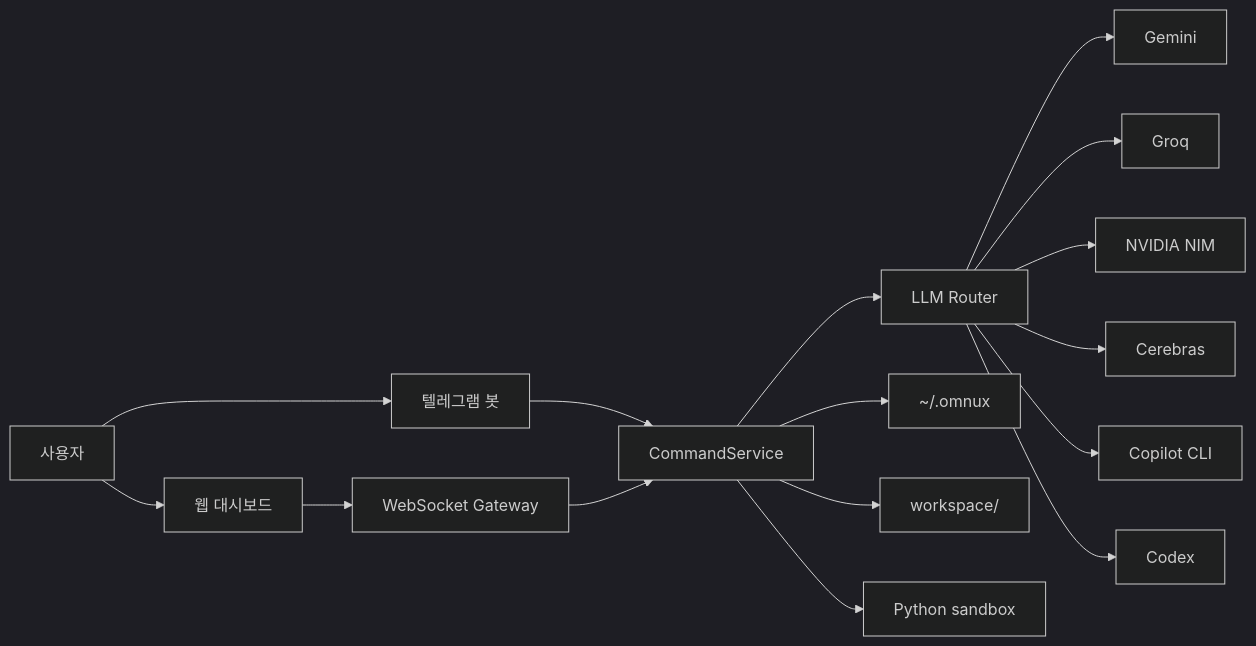
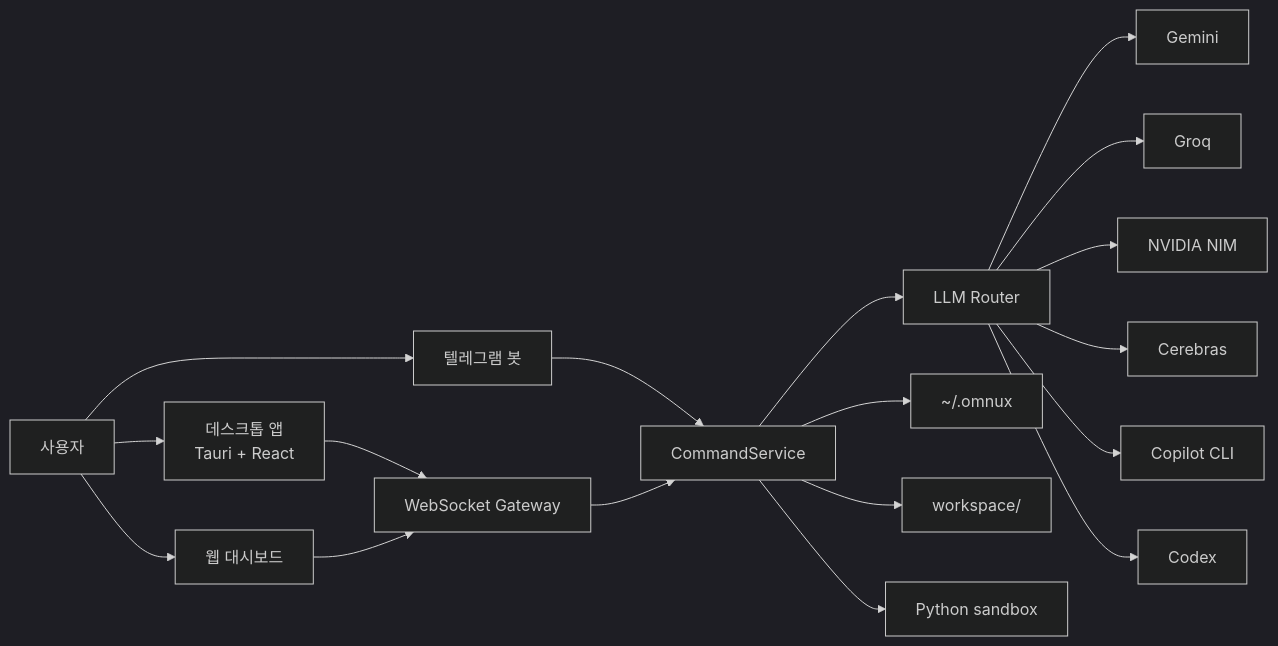
Before and after one commit to habinsong/omnux: the diagram in docs/아키텍처_흐름.md, drawn with Mermaid (dark theme). The commit also changed other lines of this file and 83 other files, not shown here.

````diff
--- a/docs/아키텍처_흐름.md
+++ b/docs/아키텍처_흐름.md
@@ -9,18 +9,20 @@
 ```mermaid
 flowchart LR
-  User[사용자] --> Dashboard[웹 대시보드]
+  User[사용자] --> Desktop[데스크톱 앱<br/>Tauri + React]
+  User --> Dashboard[웹 대시보드]
   User --> Telegram[텔레그램 봇]
-  Dashboard --> WS[WebSocket Gateway]
+  Desktop --> WS[WebSocket Gateway]
+  Dashboard --> WS
   Telegram --> Command[CommandService]
   WS --> Command
   Command --> Router[LLM Router]
   Router --> Gemini[Gemini]
   Router --> Groq[Groq]
   Router --> Nvidia[NVIDIA NIM]
   Router --> Cerebras[Cerebras]
   Router --> Copilot[Copilot CLI]
   Router --> Codex[Codex]
   Command --> State[~/.omnux]
   Command --> Workspace[workspace/]
   Command --> Sandbox[Python sandbox]
 ```
````
